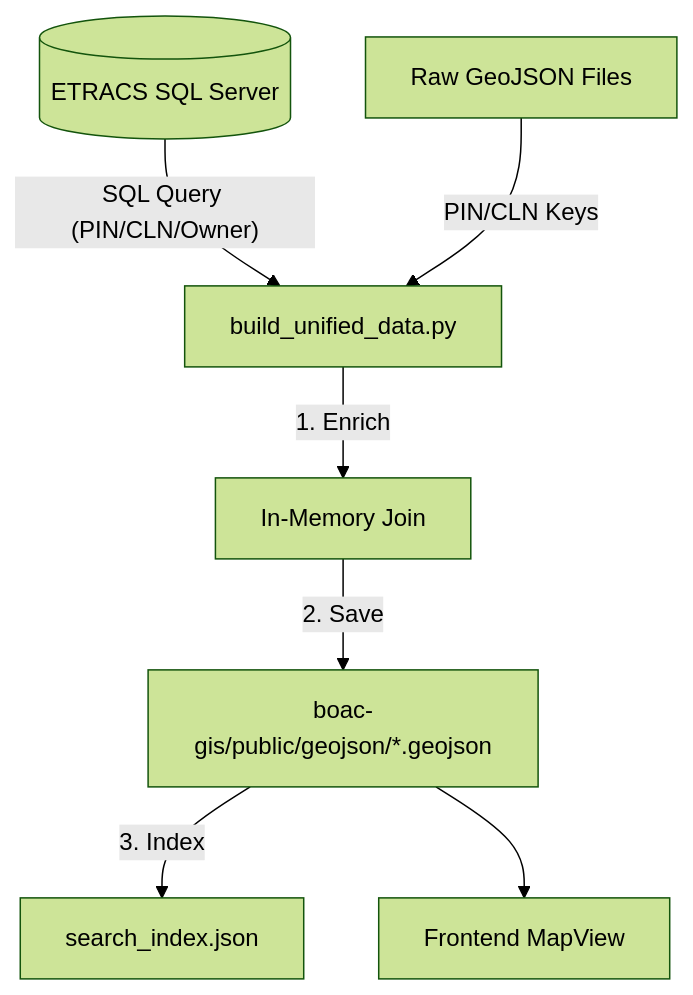
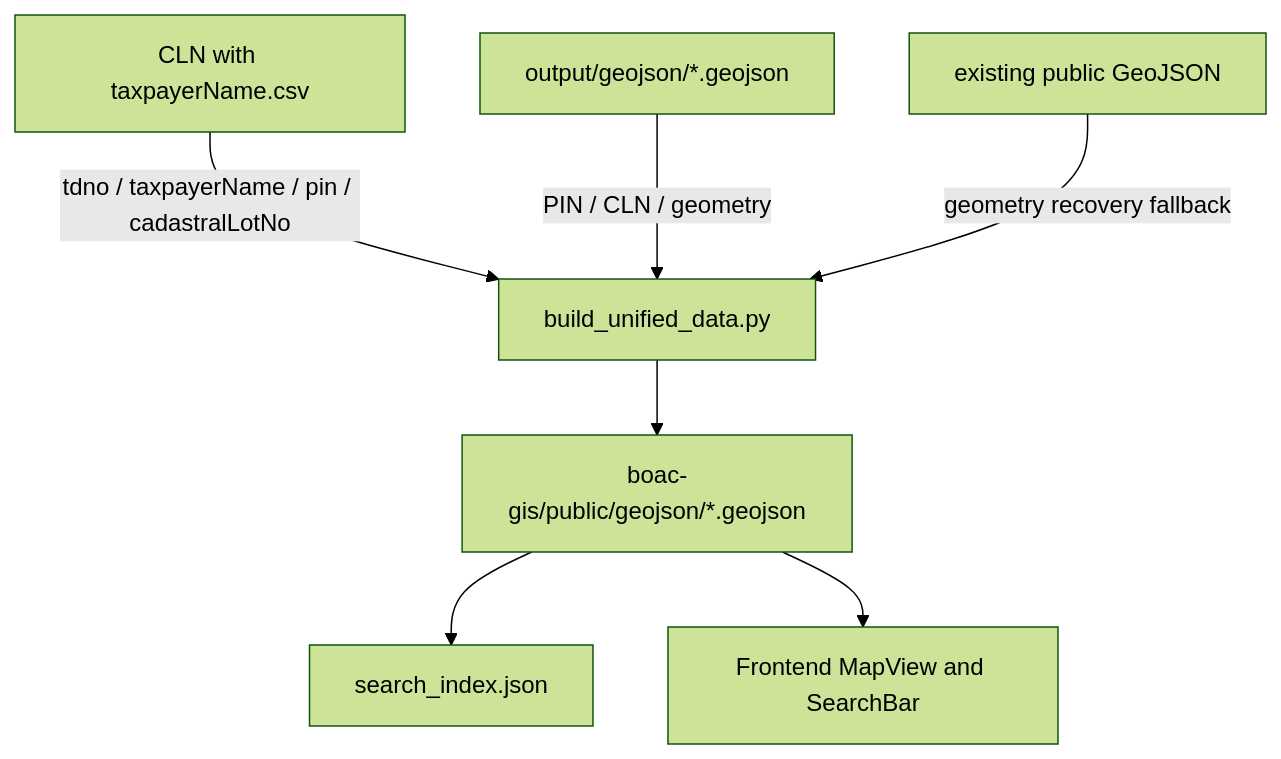
One commit to blessious/cadastral-lot changed the diagram in architecture_reference.md. Above: the diagram before and after it, drawn with Mermaid (forest theme). The commit also changed other lines of this file and 43 other files, not shown here.

Commit message:
Embed taxpayer data in GeoJSON

````diff
--- a/architecture_reference.md
+++ b/architecture_reference.md
@@ -28,9 +25,9 @@
 ```mermaid
 graph TD
-    DB[(ETRACS SQL Server)] -- "SQL Query (PIN/CLN/Owner)" --> Script[build_unified_data.py]
-    RawShapes[Raw GeoJSON Files] -- "PIN/CLN Keys" --> Script
-    Script -- "1. Enrich" --> MergedData[In-Memory Join]
-    MergedData -- "2. Save" --> PublicFiles[boac-gis/public/geojson/*.geojson]
-    PublicFiles -- "3. Index" --> SearchIndex[search_index.json]
-    PublicFiles --> MapView[Frontend MapView]
+    CSV["CLN with taxpayerName.csv"] -- "tdno / taxpayerName / pin / cadastralLotNo" --> Script["build_unified_data.py"]
+    RawShapes["output/geojson/*.geojson"] -- "PIN / CLN / geometry" --> Script
+    ExistingPublic["existing public GeoJSON"] -- "geometry recovery fallback" --> Script
+    Script --> PublicFiles["boac-gis/public/geojson/*.geojson"]
+    PublicFiles --> SearchIndex["search_index.json"]
+    PublicFiles --> MapView["Frontend MapView and SearchBar"]
 ```
````
